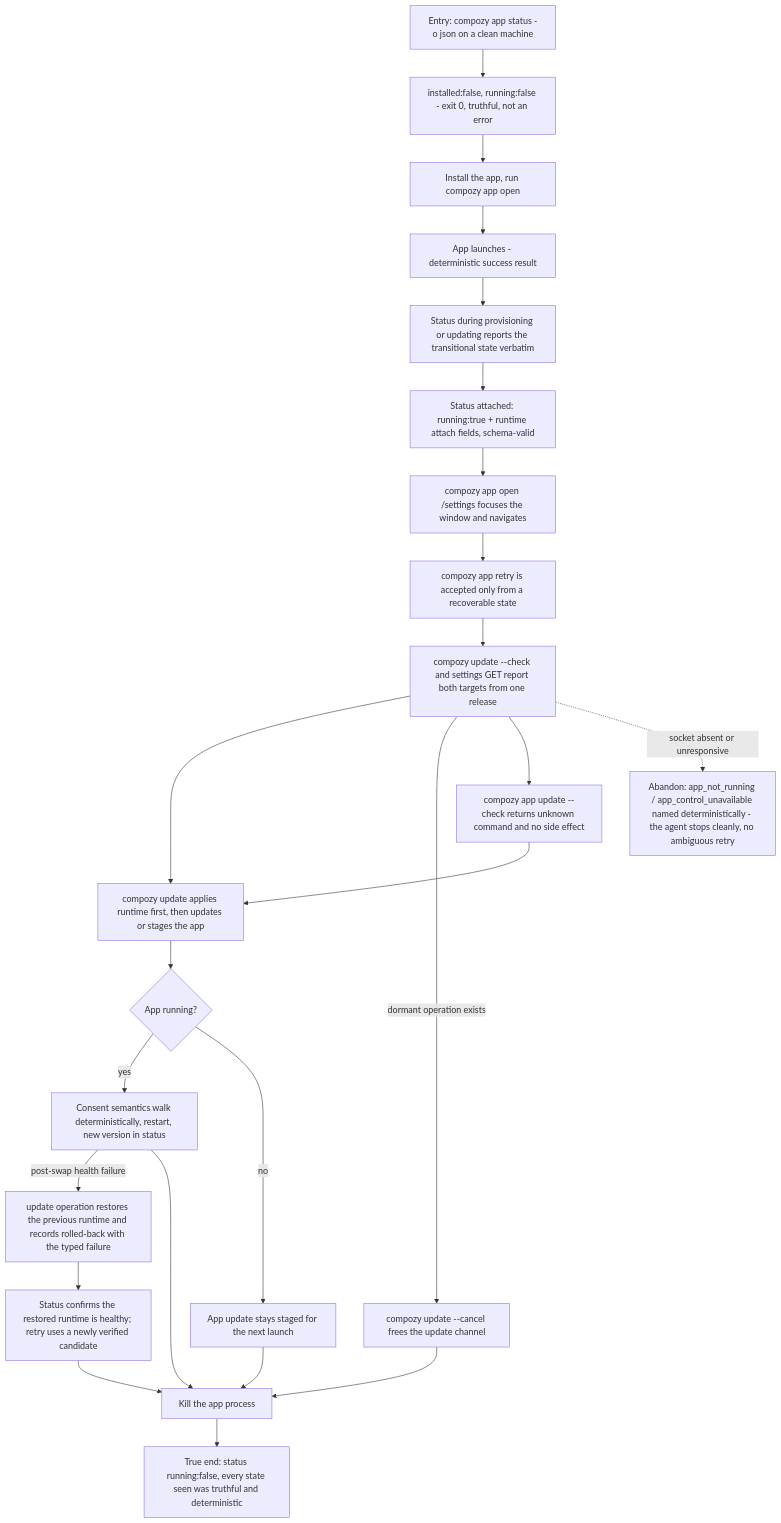
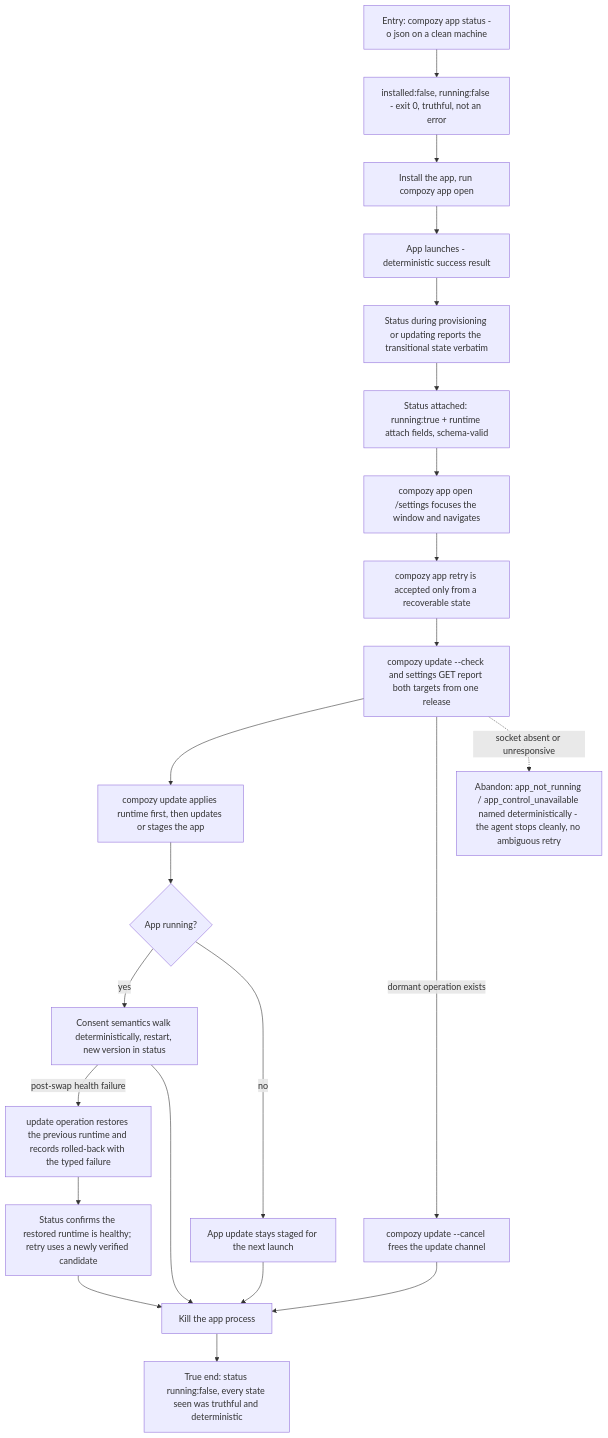
One commit to compozy/compozy changed the diagram in docs/qa/journeys/J-desktop-agent-headless.md. Above: the diagram before and after it, drawn with Mermaid. The commit also changed other lines of this file and 14 other files, not shown here.

````diff
--- a/docs/qa/journeys/J-desktop-agent-headless.md
+++ b/docs/qa/journeys/J-desktop-agent-headless.md
@@ -8,26 +8,24 @@
 ```mermaid
 flowchart TD
     A[Entry: compozy app status -o json on a clean machine] --> B[installed:false, running:false - exit 0, truthful, not an error]
     B --> C[Install the app, run compozy app open]
     C --> D[App launches - deterministic success result]
     D --> E[Status during provisioning or updating reports the transitional state verbatim]
     E --> F[Status attached: running:true + runtime attach fields, schema-valid]
     F --> G[compozy app open /settings focuses the window and navigates]
     G --> G1[compozy app retry is accepted only from a recoverable state]
     G1 --> H[compozy update --check and settings GET report both targets from one release]
     H --> I[compozy update applies runtime first, then updates or stages the app]
     I --> J{App running?}
     J -->|yes| K[Consent semantics walk deterministically, restart, new version in status]
     J -->|no| P[App update stays staged for the next launch]
     H -->|dormant operation exists| Q[compozy update --cancel frees the update channel]
     K -->|post-swap health failure| L[update operation restores the previous runtime and records rolled-back with the typed failure]
     L --> M[Status confirms the restored runtime is healthy; retry uses a newly verified candidate]
     K --> N[Kill the app process]
     P --> N
     Q --> N
     M --> N
     N --> O[True end: status running:false, every state seen was truthful and deterministic]
-    H --> R[compozy app update --check returns unknown command and no side effect]
-    R --> I
     H -.->|socket absent or unresponsive| X1[Abandon: app_not_running / app_control_unavailable named deterministically - the agent stops cleanly, no ambiguous retry]
 ```
````
